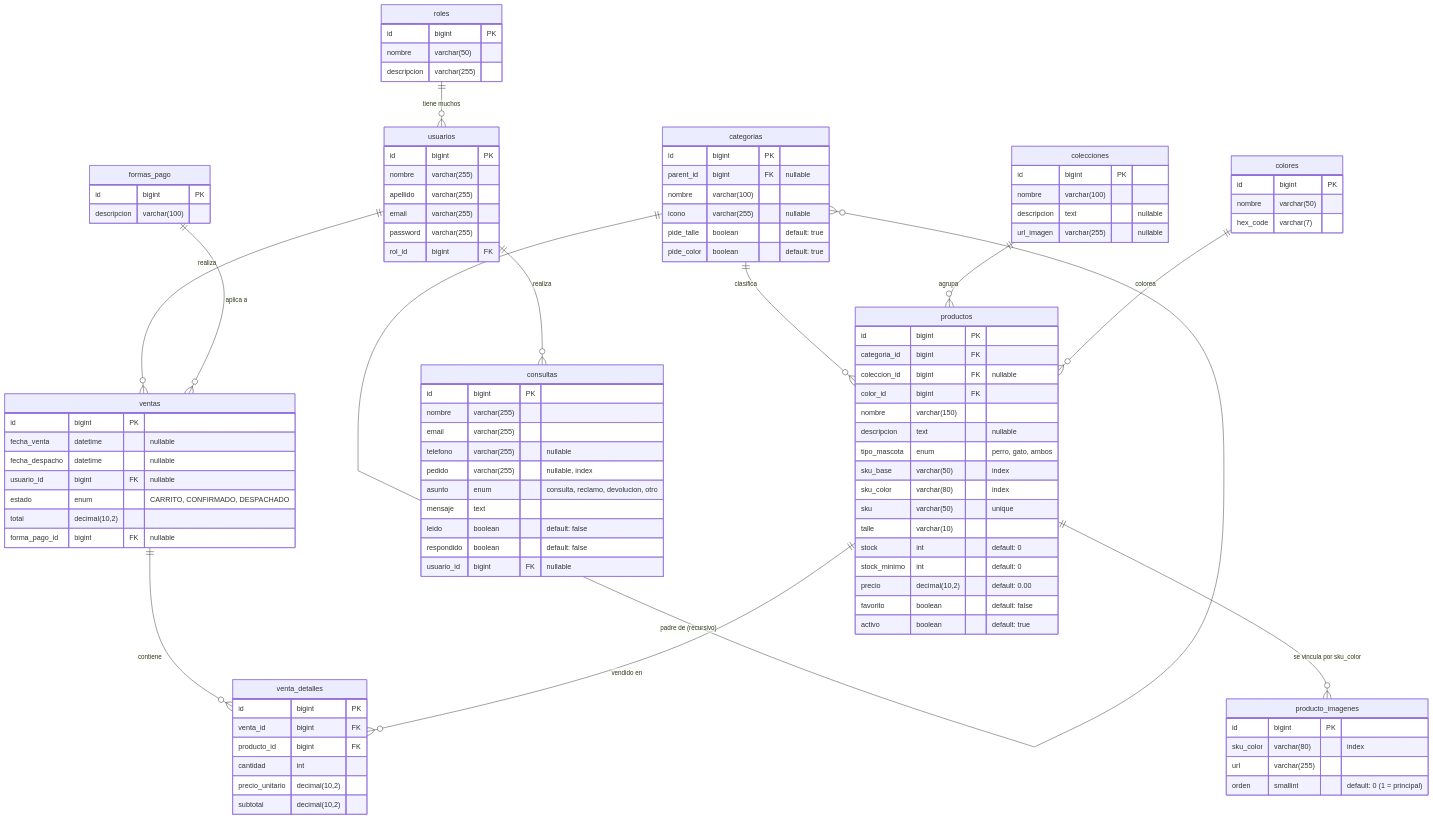
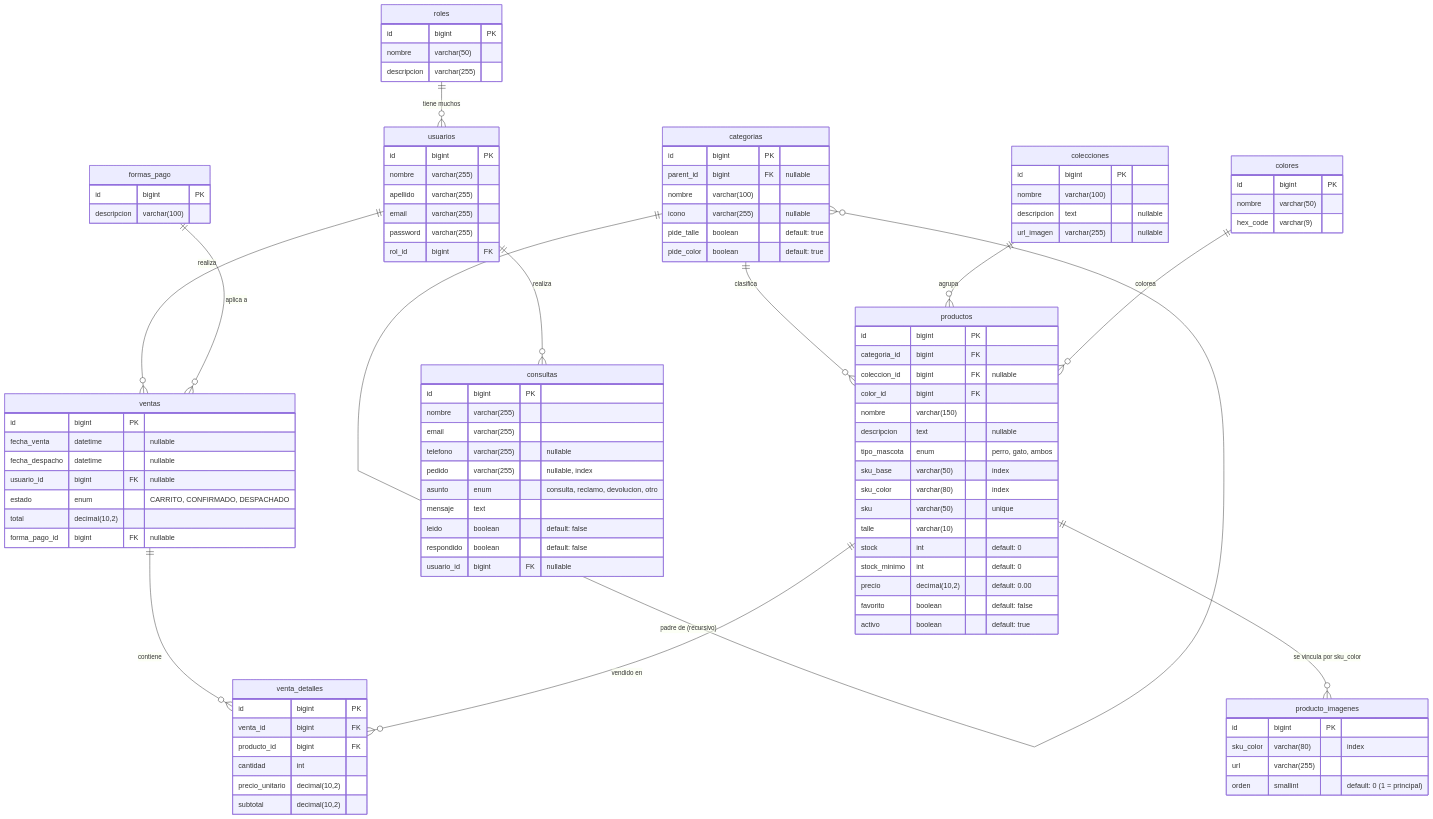
The diagram in docs/database/database_schema.md (lucaskruzolek/grupo7), drawn with Mermaid before and after one commit. The commit also changed other lines of this file and 5 other files, not shown here.

Commit message:
se corrigió error en los seeds y se actualizó el schema de base de datos

```diff
--- a/docs/database/database_schema.md
+++ b/docs/database/database_schema.md
@@ -47,7 +47,7 @@
     colores {
         id bigint PK
         nombre varchar(50)
-        hex_code varchar(7)
+        hex_code varchar(9)
     }
 
     colecciones {
```
